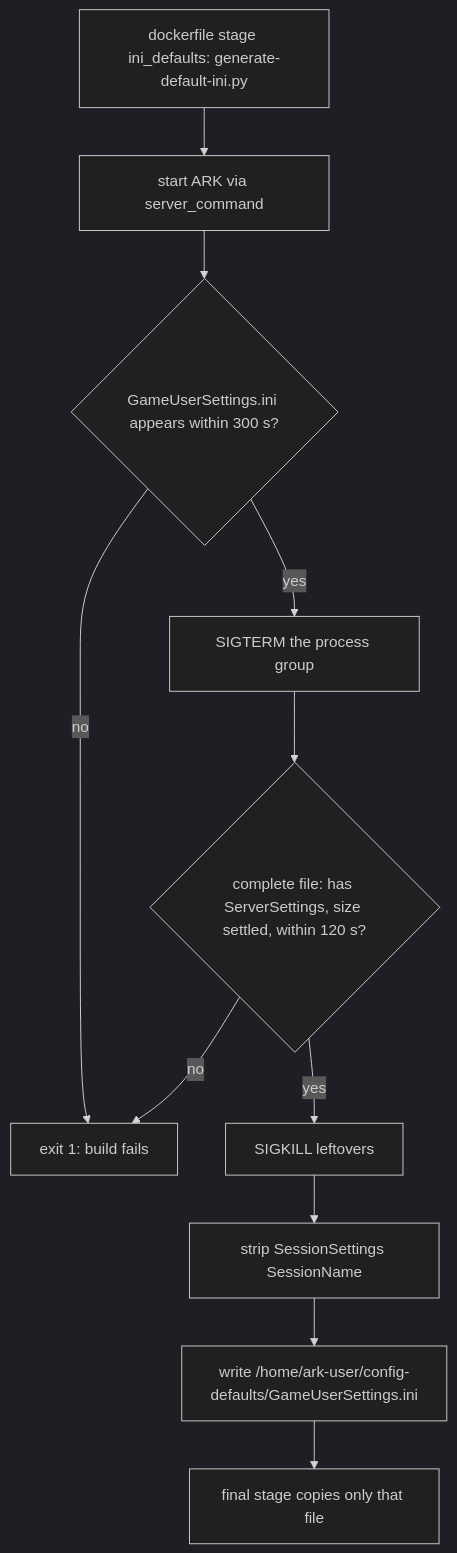
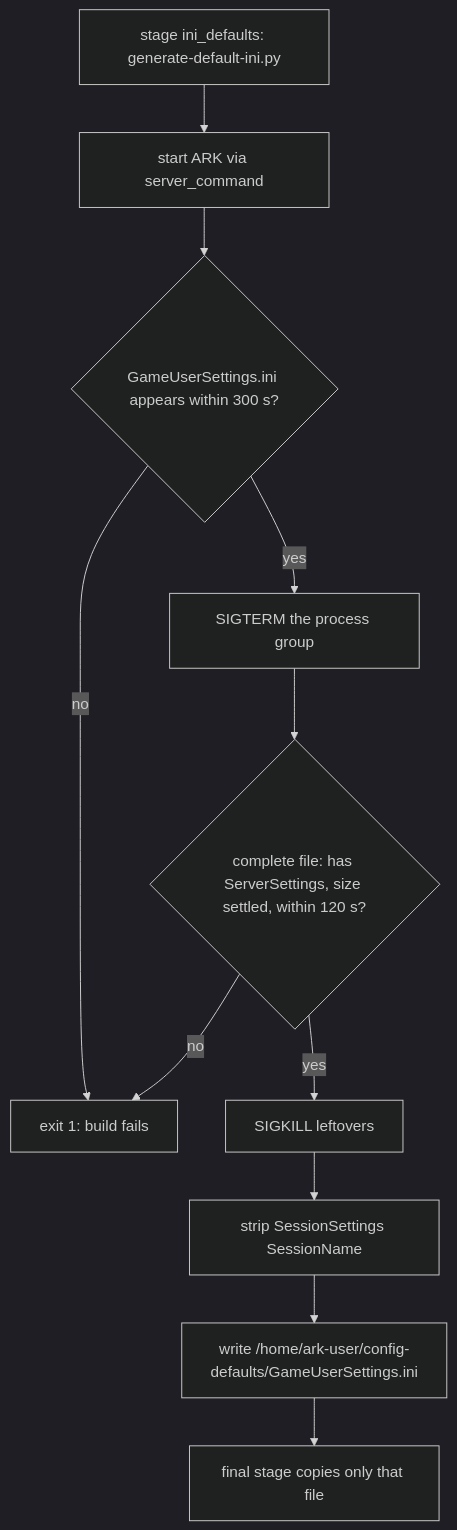
The second of 12 diagrams in docs/dev/reference/runtime-call-graph.md (bryanwieg/arkascended-server), drawn with Mermaid (dark theme) before and after one commit. The commit also changed other lines of this file and 38 other files, not shown here.

````diff
--- a/docs/dev/reference/runtime-call-graph.md
+++ b/docs/dev/reference/runtime-call-graph.md
@@ -47,13 +51,13 @@
 ```mermaid
 flowchart TD
-    A[dockerfile stage ini_defaults: generate-default-ini.py] --> B[start ARK via server_command]
+    A[stage ini_defaults: generate-default-ini.py] --> B[start ARK via server_command]
     B --> C{GameUserSettings.ini appears within 300 s?}
-    C -- no --> X[exit 1: build fails]
-    C -- yes --> D[SIGTERM the process group]
+    C -->|"no"| X[exit 1: build fails]
+    C -->|"yes"| D[SIGTERM the process group]
     D --> E{complete file: has ServerSettings, size settled, within 120 s?}
-    E -- no --> X
-    E -- yes --> F[SIGKILL leftovers]
+    E -->|"no"| X
+    E -->|"yes"| F[SIGKILL leftovers]
     F --> G[strip SessionSettings SessionName]
     G --> H[write /home/ark-user/config-defaults/GameUserSettings.ini]
     H --> I[final stage copies only that file]
 ```
````
